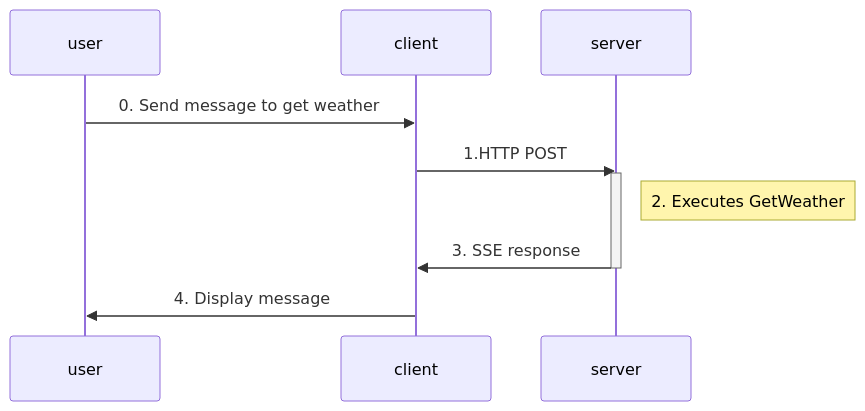
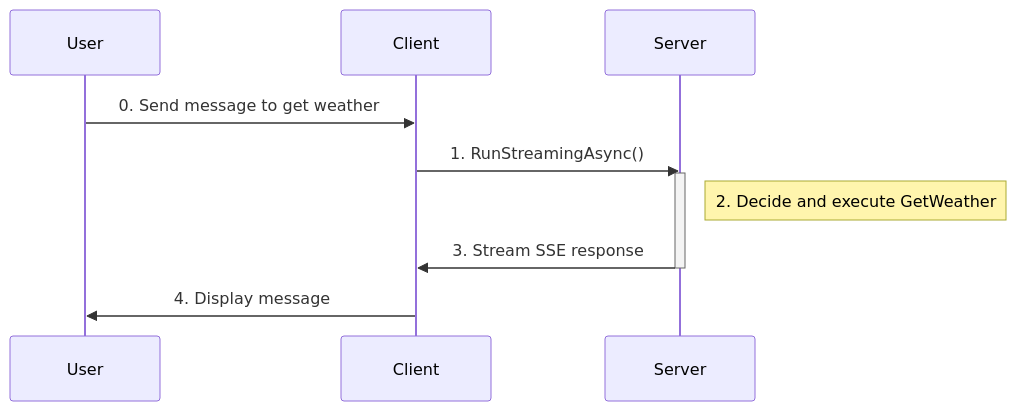
Before and after one commit to jasmin-software/dotnet_agui_workshop: the first of 2 diagrams in project1/Client_Tutorial_2/README.md, drawn with Mermaid. The commit also changed other lines of this file and 3 other files, not shown here.

Commit message:
clean up diagrams

````diff
--- a/project1/Client_Tutorial_2/README.md
+++ b/project1/Client_Tutorial_2/README.md
@@ -25,11 +25,10 @@
 ```mermaid
 sequenceDiagram;
-   user->>client: 0. Send message to get weather
-   client->>server: 1.HTTP POST
-   activate server
-   Note right of server: 2. Executes GetWeather
-   server->>client: 3. SSE response
-   deactivate server
-   client->>user: 4. Display message
-   
+   User->>Client: 0. Send message to get weather
+   Client->>Server: 1. RunStreamingAsync()
+   activate Server
+   Note right of Server: 2. Decide and execute GetWeather
+   Server->>Client: 3. Stream SSE response
+   deactivate Server
+   Client->>User: 4. Display message
 ```
````
